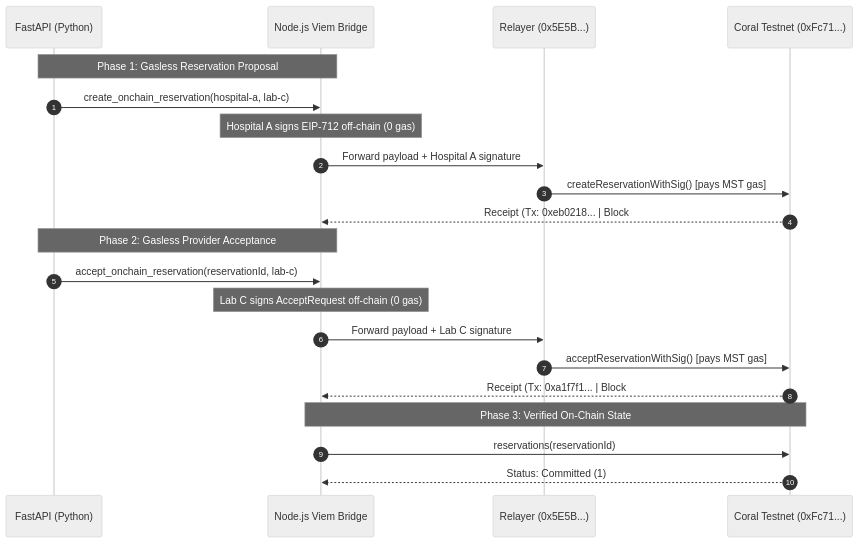
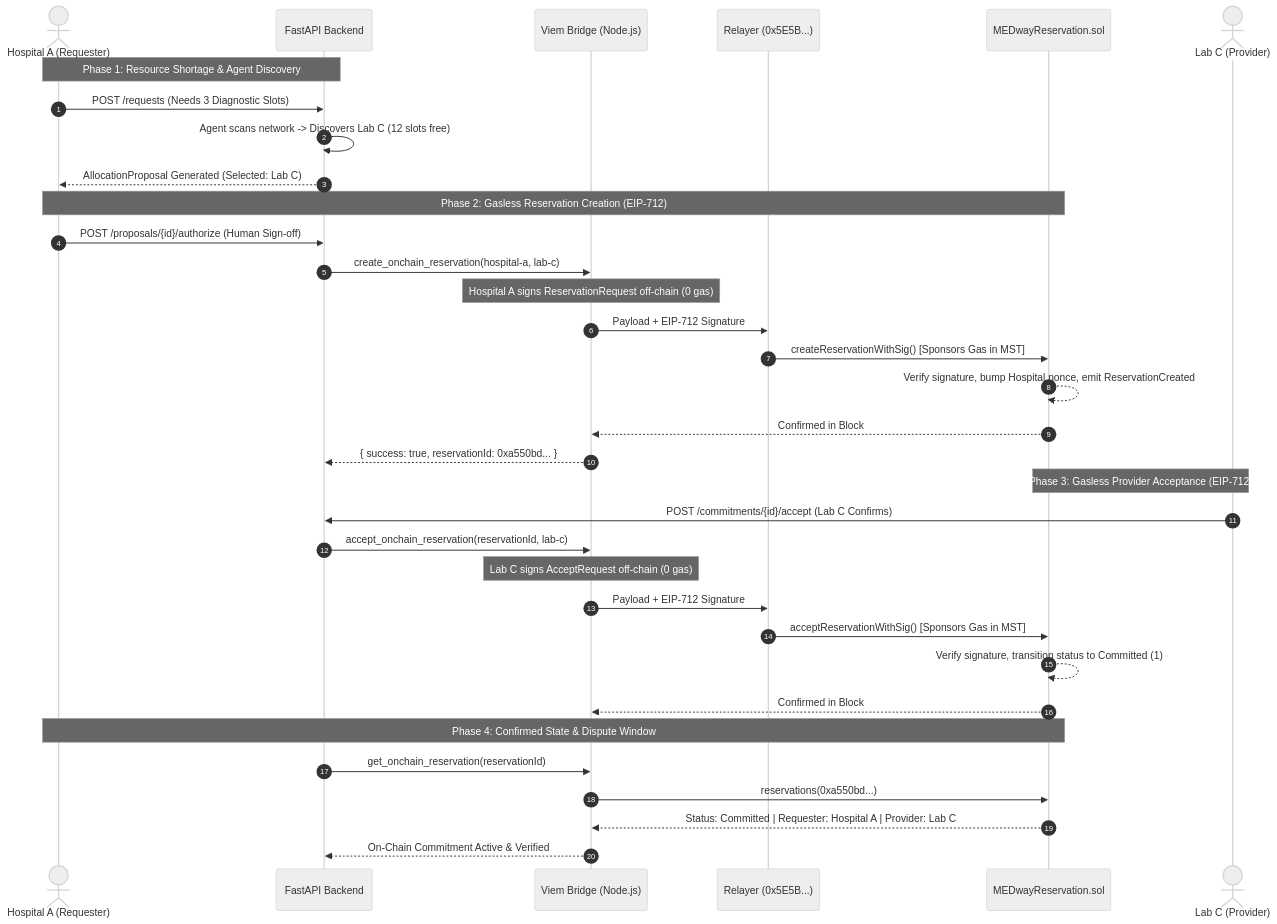
One commit to omkar0075/blockchain changed the second of 3 diagrams in README.md. Above: the diagram before and after it, drawn with Mermaid (neutral theme). The commit also changed other lines of this file, not shown here.

Commit message:
docs: enrich README with production-grade executive summary, architecture, live on-chain records, and testing suite

````diff
--- a/README.md
+++ b/README.md
@@ -31,26 +132,40 @@
 ```mermaid
 sequenceDiagram
     autonumber
-    participant App as FastAPI (Python)
-    participant Bridge as Node.js Viem Bridge
+    actor HospA as Hospital A (Requester)
+    participant API as FastAPI Backend
+    participant Bridge as Viem Bridge (Node.js)
     participant Relayer as Relayer (0x5E5B...)
-    participant Coral as Coral Testnet (0xFc71...)
+    participant Coral as MEDwayReservation.sol
+    actor LabC as Lab C (Provider)
 
-    Note over App,Bridge: Phase 1: Gasless Reservation Proposal
-    App->>Bridge: create_onchain_reservation(hospital-a, lab-c)
-    Note over Bridge: Hospital A signs EIP-712 off-chain (0 gas)
-    Bridge->>Relayer: Forward payload + Hospital A signature
-    Relayer->>Coral: createReservationWithSig() [pays MST gas]
-    Coral-->>Bridge: Receipt (Tx: 0xeb0218... | Block #386800)
+    Note over HospA,API: Phase 1: Resource Shortage & Agent Discovery
+    HospA->>API: POST /requests (Needs 3 Diagnostic Slots)
+    API->>API: Agent scans network -> Discovers Lab C (12 slots free)
+    API-->>HospA: AllocationProposal Generated (Selected: Lab C)
 
-    Note over App,Bridge: Phase 2: Gasless Provider Acceptance
-    App->>Bridge: accept_onchain_reservation(reservationId, lab-c)
+    Note over HospA,Coral: Phase 2: Gasless Reservation Creation (EIP-712)
+    HospA->>API: POST /proposals/{id}/authorize (Human Sign-off)
+    API->>Bridge: create_onchain_reservation(hospital-a, lab-c)
+    Note over Bridge: Hospital A signs ReservationRequest off-chain (0 gas)
+    Bridge->>Relayer: Payload + EIP-712 Signature
+    Relayer->>Coral: createReservationWithSig() [Sponsors Gas in MST]
+    Coral-->>Coral: Verify signature, bump Hospital nonce, emit ReservationCreated
+    Coral-->>Bridge: Confirmed in Block #386800 (Tx: 0xeb0218...)
+    Bridge-->>API: { success: true, reservationId: 0xa550bd... }
+
+    Note over LabC,Coral: Phase 3: Gasless Provider Acceptance (EIP-712)
+    LabC->>API: POST /commitments/{id}/accept (Lab C Confirms)
+    API->>Bridge: accept_onchain_reservation(reservationId, lab-c)
     Note over Bridge: Lab C signs AcceptRequest off-chain (0 gas)
-    Bridge->>Relayer: Forward payload + Lab C signature
-    Relayer->>Coral: acceptReservationWithSig() [pays MST gas]
-    Coral-->>Bridge: Receipt (Tx: 0xa1f7f1... | Block #386823)
+    Bridge->>Relayer: Payload + EIP-712 Signature
+    Relayer->>Coral: acceptReservationWithSig() [Sponsors Gas in MST]
+    Coral-->>Coral: Verify signature, transition status to Committed (1)
+    Coral-->>Bridge: Confirmed in Block #386823 (Tx: 0xa1f7f1...)
 
-    Note over Bridge,Coral: Phase 3: Verified On-Chain State
-    Bridge->>Coral: reservations(reservationId)
-    Coral-->>Bridge: Status: Committed (1)
+    Note over HospA,Coral: Phase 4: Confirmed State & Dispute Window
+    API->>Bridge: get_onchain_reservation(reservationId)
+    Bridge->>Coral: reservations(0xa550bd...)
+    Coral-->>Bridge: Status: Committed | Requester: Hospital A | Provider: Lab C
+    Bridge-->>API: On-Chain Commitment Active & Verified
 ```
````
